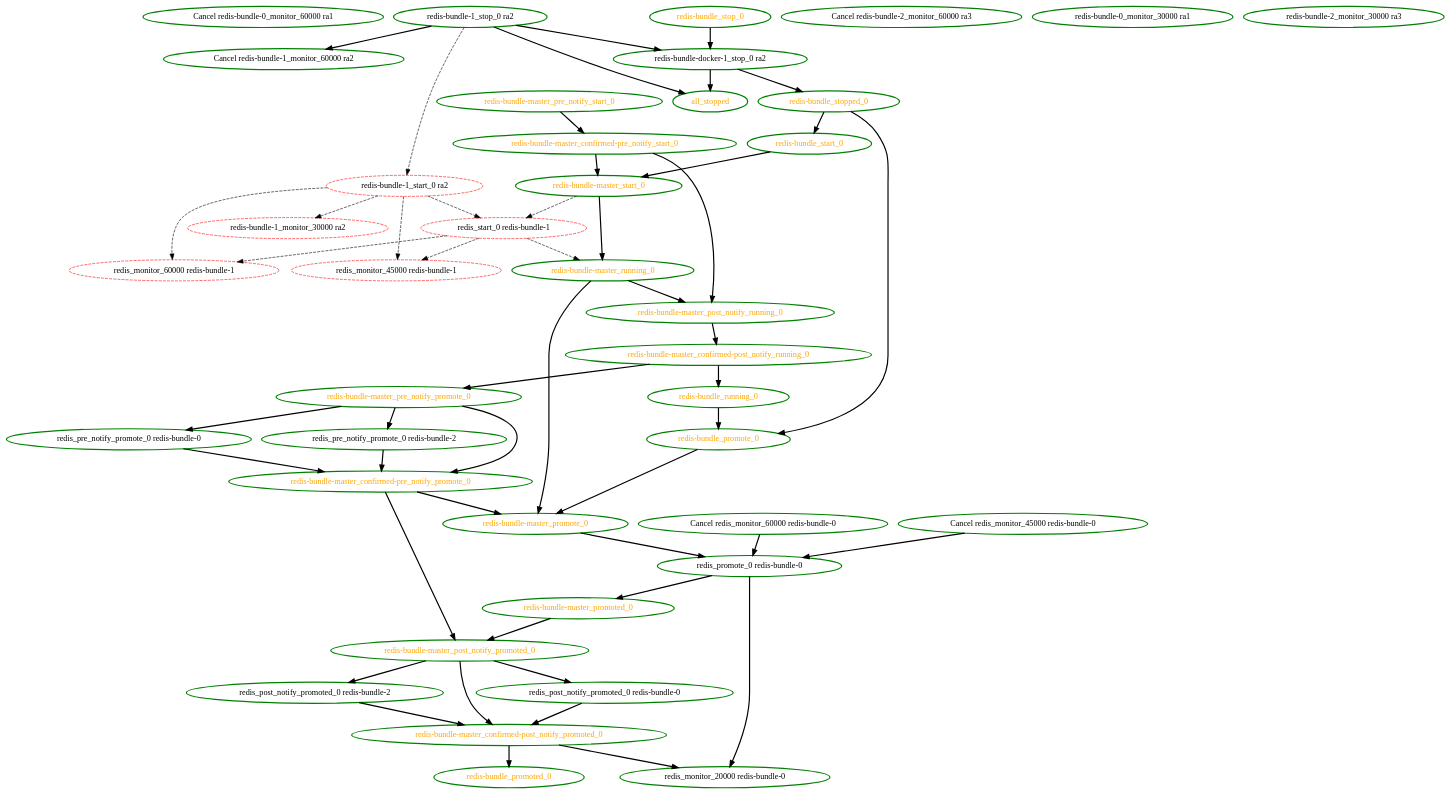
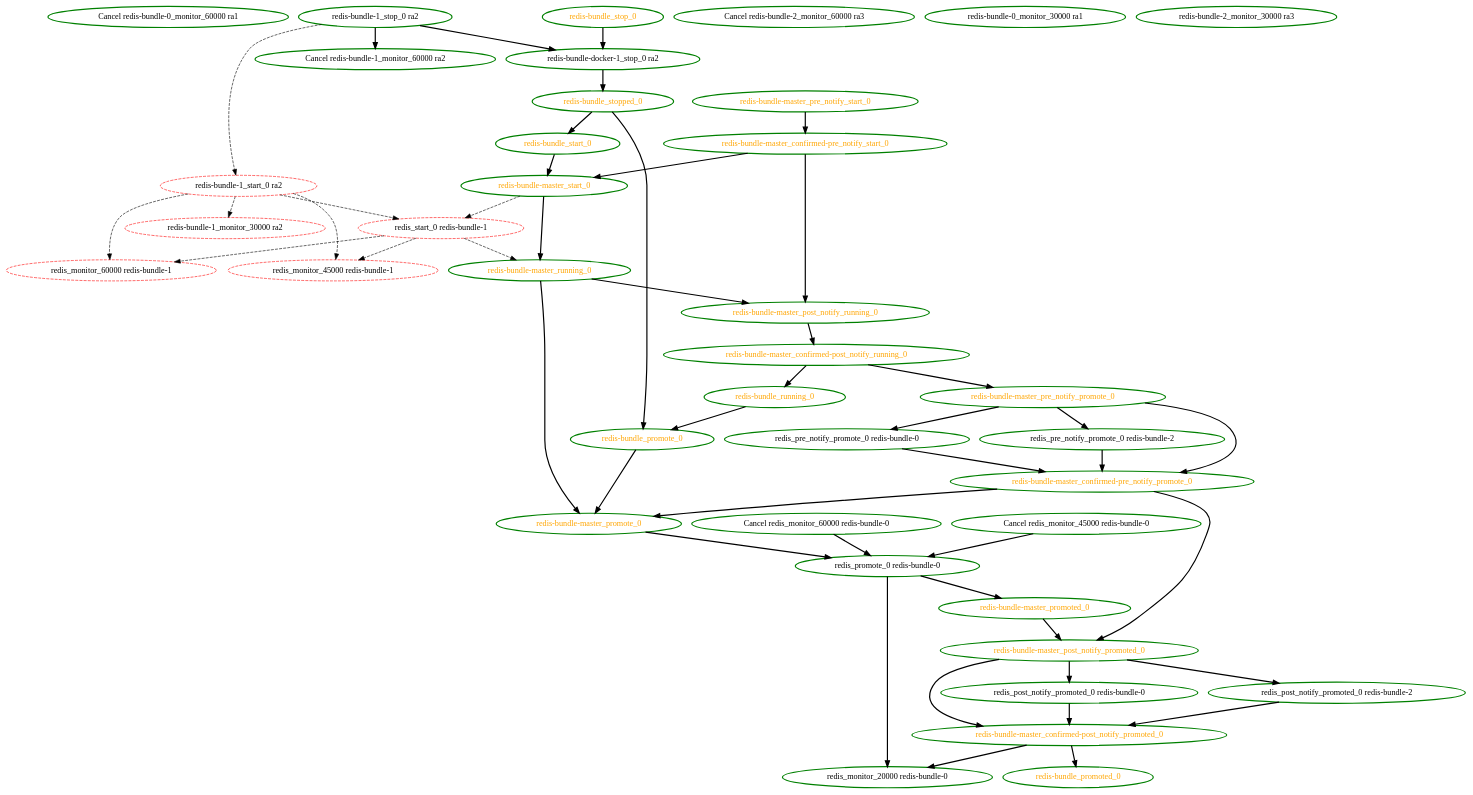
The diagram in cts/scheduler/notify-behind-stopping-remote.dot (ClusterLabs/pacemaker), drawn with Graphviz before and after one commit. The commit also changed 1440 other files, not shown here.

Commit message:
Test: scheduler: update tests for all_stopped/stonith_complete removal

```diff
--- a/cts/scheduler/notify-behind-stopping-remote.dot
+++ b/cts/scheduler/notify-behind-stopping-remote.dot
@@ -1,90 +1,87 @@
 digraph "g" {
 "Cancel redis-bundle-0_monitor_60000 ra1" [ style=bold color="green" fontcolor="black"]
 "Cancel redis-bundle-1_monitor_60000 ra2" [ style=bold color="green" fontcolor="black"]
 "Cancel redis-bundle-2_monitor_60000 ra3" [ style=bold color="green" fontcolor="black"]
 "Cancel redis_monitor_45000 redis-bundle-0" -> "redis_promote_0 redis-bundle-0" [ style = bold]
 "Cancel redis_monitor_45000 redis-bundle-0" [ style=bold color="green" fontcolor="black"]
 "Cancel redis_monitor_60000 redis-bundle-0" -> "redis_promote_0 redis-bundle-0" [ style = bold]
 "Cancel redis_monitor_60000 redis-bundle-0" [ style=bold color="green" fontcolor="black"]
-"all_stopped" [ style=bold color="green" fontcolor="orange"]
 "redis-bundle-0_monitor_30000 ra1" [ style=bold color="green" fontcolor="black"]
 "redis-bundle-1_monitor_30000 ra2" [ style=dashed color="red" fontcolor="black"]
 "redis-bundle-1_start_0 ra2" -> "redis-bundle-1_monitor_30000 ra2" [ style = dashed]
 "redis-bundle-1_start_0 ra2" -> "redis_monitor_45000 redis-bundle-1" [ style = dashed]
 "redis-bundle-1_start_0 ra2" -> "redis_monitor_60000 redis-bundle-1" [ style = dashed]
 "redis-bundle-1_start_0 ra2" -> "redis_start_0 redis-bundle-1" [ style = dashed]
 "redis-bundle-1_start_0 ra2" [ style=dashed color="red" fontcolor="black"]
 "redis-bundle-1_stop_0 ra2" -> "Cancel redis-bundle-1_monitor_60000 ra2" [ style = bold]
-"redis-bundle-1_stop_0 ra2" -> "all_stopped" [ style = bold]
 "redis-bundle-1_stop_0 ra2" -> "redis-bundle-1_start_0 ra2" [ style = dashed]
 "redis-bundle-1_stop_0 ra2" -> "redis-bundle-docker-1_stop_0 ra2" [ style = bold]
 "redis-bundle-1_stop_0 ra2" [ style=bold color="green" fontcolor="black"]
 "redis-bundle-2_monitor_30000 ra3" [ style=bold color="green" fontcolor="black"]
-"redis-bundle-docker-1_stop_0 ra2" -> "all_stopped" [ style = bold]
 "redis-bundle-docker-1_stop_0 ra2" -> "redis-bundle_stopped_0" [ style = bold]
 "redis-bundle-docker-1_stop_0 ra2" [ style=bold color="green" fontcolor="black"]
 "redis-bundle-master_confirmed-post_notify_promoted_0" -> "redis-bundle_promoted_0" [ style = bold]
 "redis-bundle-master_confirmed-post_notify_promoted_0" -> "redis_monitor_20000 redis-bundle-0" [ style = bold]
 "redis-bundle-master_confirmed-post_notify_promoted_0" [ style=bold color="green" fontcolor="orange"]
 "redis-bundle-master_confirmed-post_notify_running_0" -> "redis-bundle-master_pre_notify_promote_0" [ style = bold]
 "redis-bundle-master_confirmed-post_notify_running_0" -> "redis-bundle_running_0" [ style = bold]
 "redis-bundle-master_confirmed-post_notify_running_0" [ style=bold color="green" fontcolor="orange"]
 "redis-bundle-master_confirmed-pre_notify_promote_0" -> "redis-bundle-master_post_notify_promoted_0" [ style = bold]
 "redis-bundle-master_confirmed-pre_notify_promote_0" -> "redis-bundle-master_promote_0" [ style = bold]
 "redis-bundle-master_confirmed-pre_notify_promote_0" [ style=bold color="green" fontcolor="orange"]
 "redis-bundle-master_confirmed-pre_notify_start_0" -> "redis-bundle-master_post_notify_running_0" [ style = bold]
 "redis-bundle-master_confirmed-pre_notify_start_0" -> "redis-bundle-master_start_0" [ style = bold]
 "redis-bundle-master_confirmed-pre_notify_start_0" [ style=bold color="green" fontcolor="orange"]
 "redis-bundle-master_post_notify_promoted_0" -> "redis-bundle-master_confirmed-post_notify_promoted_0" [ style = bold]
 "redis-bundle-master_post_notify_promoted_0" -> "redis_post_notify_promoted_0 redis-bundle-0" [ style = bold]
 "redis-bundle-master_post_notify_promoted_0" -> "redis_post_notify_promoted_0 redis-bundle-2" [ style = bold]
 "redis-bundle-master_post_notify_promoted_0" [ style=bold color="green" fontcolor="orange"]
 "redis-bundle-master_post_notify_running_0" -> "redis-bundle-master_confirmed-post_notify_running_0" [ style = bold]
 "redis-bundle-master_post_notify_running_0" [ style=bold color="green" fontcolor="orange"]
 "redis-bundle-master_pre_notify_promote_0" -> "redis-bundle-master_confirmed-pre_notify_promote_0" [ style = bold]
 "redis-bundle-master_pre_notify_promote_0" -> "redis_pre_notify_promote_0 redis-bundle-0" [ style = bold]
 "redis-bundle-master_pre_notify_promote_0" -> "redis_pre_notify_promote_0 redis-bundle-2" [ style = bold]
 "redis-bundle-master_pre_notify_promote_0" [ style=bold color="green" fontcolor="orange"]
 "redis-bundle-master_pre_notify_start_0" -> "redis-bundle-master_confirmed-pre_notify_start_0" [ style = bold]
 "redis-bundle-master_pre_notify_start_0" [ style=bold color="green" fontcolor="orange"]
 "redis-bundle-master_promote_0" -> "redis_promote_0 redis-bundle-0" [ style = bold]
 "redis-bundle-master_promote_0" [ style=bold color="green" fontcolor="orange"]
 "redis-bundle-master_promoted_0" -> "redis-bundle-master_post_notify_promoted_0" [ style = bold]
 "redis-bundle-master_promoted_0" [ style=bold color="green" fontcolor="orange"]
 "redis-bundle-master_running_0" -> "redis-bundle-master_post_notify_running_0" [ style = bold]
 "redis-bundle-master_running_0" -> "redis-bundle-master_promote_0" [ style = bold]
 "redis-bundle-master_running_0" [ style=bold color="green" fontcolor="orange"]
 "redis-bundle-master_start_0" -> "redis-bundle-master_running_0" [ style = bold]
 "redis-bundle-master_start_0" -> "redis_start_0 redis-bundle-1" [ style = dashed]
 "redis-bundle-master_start_0" [ style=bold color="green" fontcolor="orange"]
 "redis-bundle_promote_0" -> "redis-bundle-master_promote_0" [ style = bold]
 "redis-bundle_promote_0" [ style=bold color="green" fontcolor="orange"]
 "redis-bundle_promoted_0" [ style=bold color="green" fontcolor="orange"]
 "redis-bundle_running_0" -> "redis-bundle_promote_0" [ style = bold]
 "redis-bundle_running_0" [ style=bold color="green" fontcolor="orange"]
 "redis-bundle_start_0" -> "redis-bundle-master_start_0" [ style = bold]
 "redis-bundle_start_0" [ style=bold color="green" fontcolor="orange"]
 "redis-bundle_stop_0" -> "redis-bundle-docker-1_stop_0 ra2" [ style = bold]
 "redis-bundle_stop_0" [ style=bold color="green" fontcolor="orange"]
 "redis-bundle_stopped_0" -> "redis-bundle_promote_0" [ style = bold]
 "redis-bundle_stopped_0" -> "redis-bundle_start_0" [ style = bold]
 "redis-bundle_stopped_0" [ style=bold color="green" fontcolor="orange"]
 "redis_monitor_20000 redis-bundle-0" [ style=bold color="green" fontcolor="black"]
 "redis_monitor_45000 redis-bundle-1" [ style=dashed color="red" fontcolor="black"]
 "redis_monitor_60000 redis-bundle-1" [ style=dashed color="red" fontcolor="black"]
 "redis_post_notify_promoted_0 redis-bundle-0" -> "redis-bundle-master_confirmed-post_notify_promoted_0" [ style = bold]
 "redis_post_notify_promoted_0 redis-bundle-0" [ style=bold color="green" fontcolor="black"]
 "redis_post_notify_promoted_0 redis-bundle-2" -> "redis-bundle-master_confirmed-post_notify_promoted_0" [ style = bold]
 "redis_post_notify_promoted_0 redis-bundle-2" [ style=bold color="green" fontcolor="black"]
 "redis_pre_notify_promote_0 redis-bundle-0" -> "redis-bundle-master_confirmed-pre_notify_promote_0" [ style = bold]
 "redis_pre_notify_promote_0 redis-bundle-0" [ style=bold color="green" fontcolor="black"]
 "redis_pre_notify_promote_0 redis-bundle-2" -> "redis-bundle-master_confirmed-pre_notify_promote_0" [ style = bold]
 "redis_pre_notify_promote_0 redis-bundle-2" [ style=bold color="green" fontcolor="black"]
 "redis_promote_0 redis-bundle-0" -> "redis-bundle-master_promoted_0" [ style = bold]
 "redis_promote_0 redis-bundle-0" -> "redis_monitor_20000 redis-bundle-0" [ style = bold]
 "redis_promote_0 redis-bundle-0" [ style=bold color="green" fontcolor="black"]
 "redis_start_0 redis-bundle-1" -> "redis-bundle-master_running_0" [ style = dashed]
 "redis_start_0 redis-bundle-1" -> "redis_monitor_45000 redis-bundle-1" [ style = dashed]
 "redis_start_0 redis-bundle-1" -> "redis_monitor_60000 redis-bundle-1" [ style = dashed]
 "redis_start_0 redis-bundle-1" [ style=dashed color="red" fontcolor="black"]
 }
```
